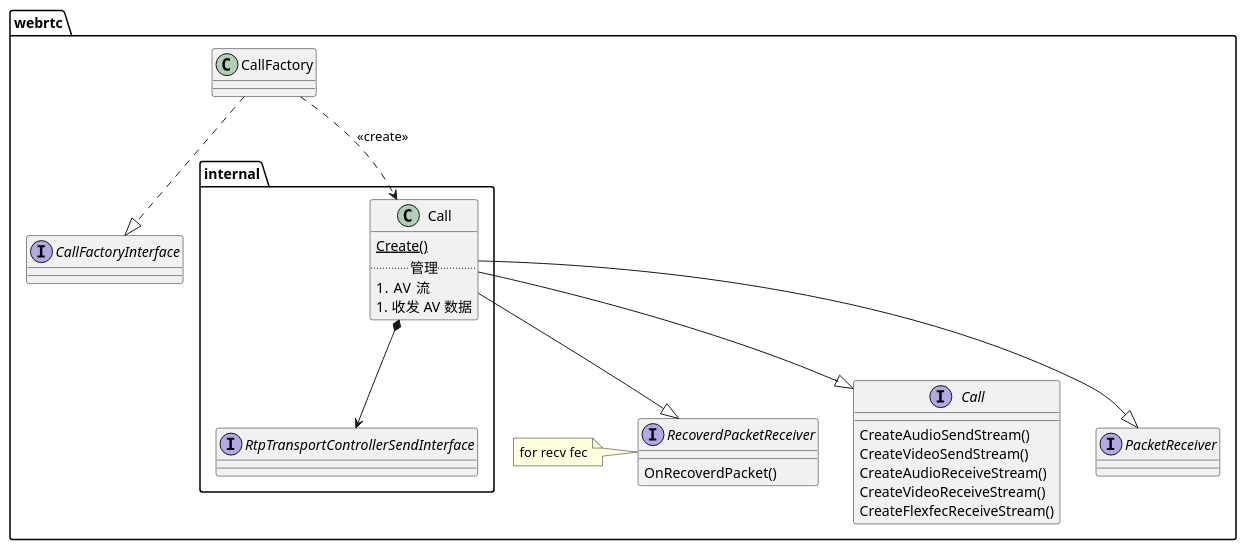
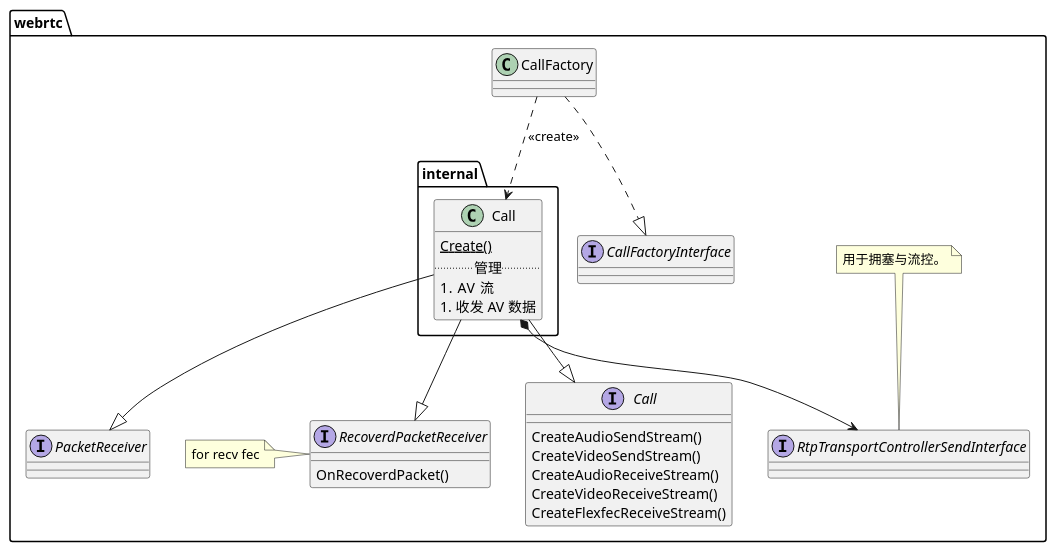
The first of 3 diagrams in webrtc_chrome/call.md (mingxin505/webrtcNote), drawn with PlantUML before and after one commit. The commit also changed other lines of this file and 3 other files, not shown here.

````diff
--- a/webrtc_chrome/call.md
+++ b/webrtc_chrome/call.md
@@ -2,32 +2,36 @@
 ```plantuml
 namespace webrtc {
     interface CallFactoryInterface
     CallFactory ..> internal.Call : <<create>>
     CallFactory ..|> CallFactoryInterface
     interface Call {
         CreateAudioSendStream()
         CreateVideoSendStream()
         CreateAudioReceiveStream()
         CreateVideoReceiveStream()
         CreateFlexfecReceiveStream()
     }
     interface PacketReceiver
     interface RecoverdPacketReceiver {
         OnRecoverdPacket()
     }
     note left: for recv fec
+    interface RtpTransportControllerSendInterface
+
+
     namespace internal {
-        interface RtpTransportControllerSendInterface
         class Call {
             {static} Create()
             ..管理..
             1.  AV 流
             1. 收发 AV 数据
         }
         Call *--> RtpTransportControllerSendInterface
         Call --|> webrtc.Call
         Call --|> webrtc.PacketReceiver
         Call --|> webrtc.RecoverdPacketReceiver
     }
+    note "用于拥塞与流控。" as N1
+    N1 .. RtpTransportControllerSendInterface
 }
 ```
````
